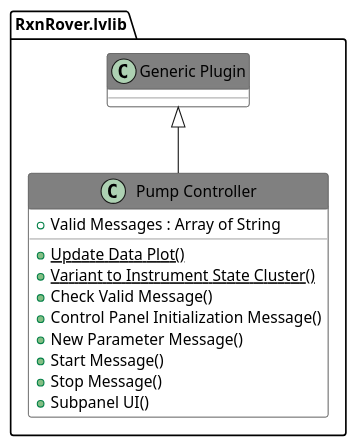
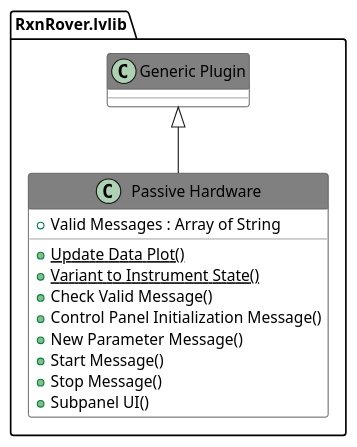
The diagram in docs/source/_static/api/Includes/019.adoc (RxnRover/RxnRover), drawn with PlantUML before and after one commit. The commit also changed other lines of this file and 18 other files, not shown here.

```diff
--- a/docs/source/_static/api/Includes/019.adoc
+++ b/docs/source/_static/api/Includes/019.adoc
@@ -10,28 +10,28 @@
 [plantuml, format="svg", align="center"]
 ....
 @startuml
 set namespaceSeparator :
 skinparam ClassBackgroundColor #FFFFFF
 skinparam ClassBorderColor #555555
 skinparam ClassFontColor #000000
 skinparam ClassHeaderBackgroundColor #808080
 
 skinparam top to bottom direction
-class "RxnRover.lvlib:Pump Controller" {
+class "RxnRover.lvlib:Passive Hardware" {
 {field} +Valid Messages : Array of String
 {static} {method} +Update Data Plot()
-{static} {method} +Variant to Instrument State Cluster()
+{static} {method} +Variant to Instrument State()
 {method} +Check Valid Message()
 {method} +Control Panel Initialization Message()
 {method} +New Parameter Message()
 {method} +Start Message()
 {method} +Stop Message()
 {method} +Subpanel UI()
 
 }
-"RxnRover.lvlib:Generic Plugin" <|-- "RxnRover.lvlib:Pump Controller"
+"RxnRover.lvlib:Generic Plugin" <|-- "RxnRover.lvlib:Passive Hardware"
 
 
 
 @enduml
 ....
```
